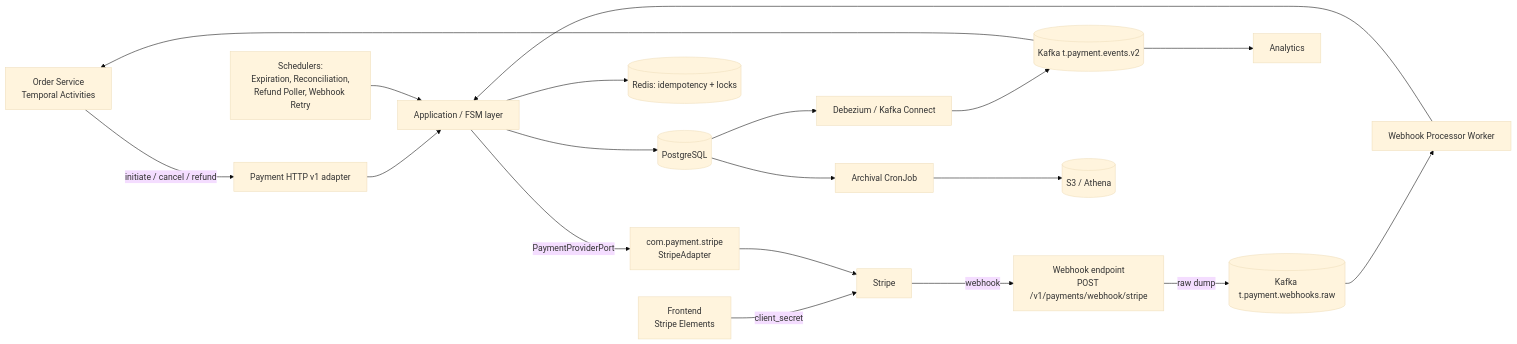
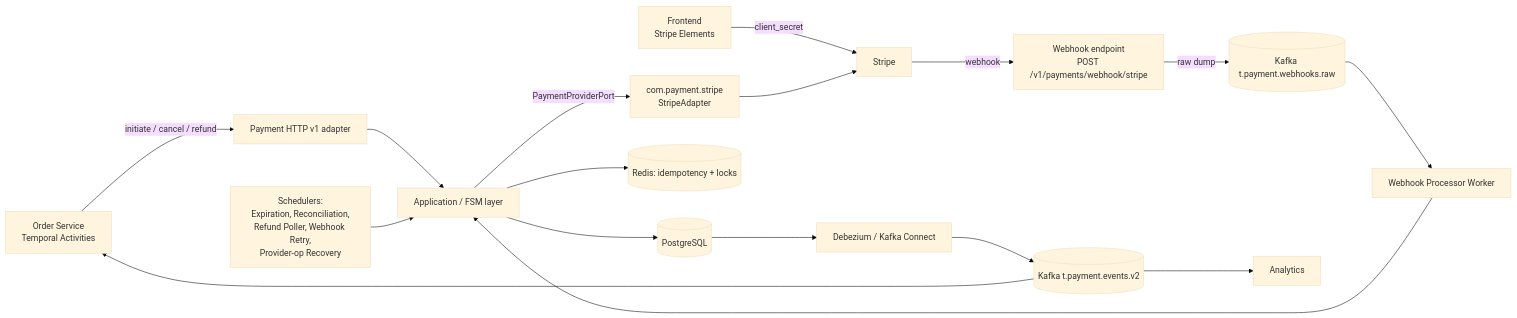
The diagram in docs/payment/architecture.md (quangdung2110/e-commerce-microservices), drawn with Mermaid (base theme) before and after one commit. The commit also changed other lines of this file and 4 other files, not shown here.

First line of the commit message:
docs(payment): sync overview, architecture, interfaces, operations, development

````diff
--- a/docs/payment/architecture.md
+++ b/docs/payment/architecture.md
@@ -31,20 +31,19 @@
 ```mermaid
 flowchart LR
   O[Order Service<br/>Temporal Activities] -->|initiate / cancel / refund| API[Payment HTTP v1 adapter]
   FE[Frontend<br/>Stripe Elements] -->|client_secret| ST[Stripe]
   ST -->|webhook| WH[Webhook endpoint<br/>POST /v1/payments/webhook/stripe]
   WH -->|raw dump| KR[(Kafka t.payment.webhooks.raw)]
   KR --> WP[Webhook Processor Worker]
   API --> APP[Application / FSM layer]
   WP --> APP
-  SCH[Schedulers:<br/>Expiration, Reconciliation,<br/>Refund Poller, Webhook Retry] --> APP
+  SCH[Schedulers:<br/>Expiration, Reconciliation,<br/>Refund Poller, Webhook Retry,<br/>Provider-op Recovery] --> APP
   APP --> PG[(PostgreSQL)]
   APP --> RD[(Redis: idempotency + locks)]
   APP -->|PaymentProviderPort| SA[com.payment.stripe<br/>StripeAdapter]
   SA --> ST
   PG --> DBZ[Debezium / Kafka Connect]
   DBZ --> KP[(Kafka t.payment.events.v2)]
   KP --> O
   KP --> AN[Analytics]
-  PG --> AR[Archival CronJob] --> S3[(S3 / Athena)]
 ```
````
